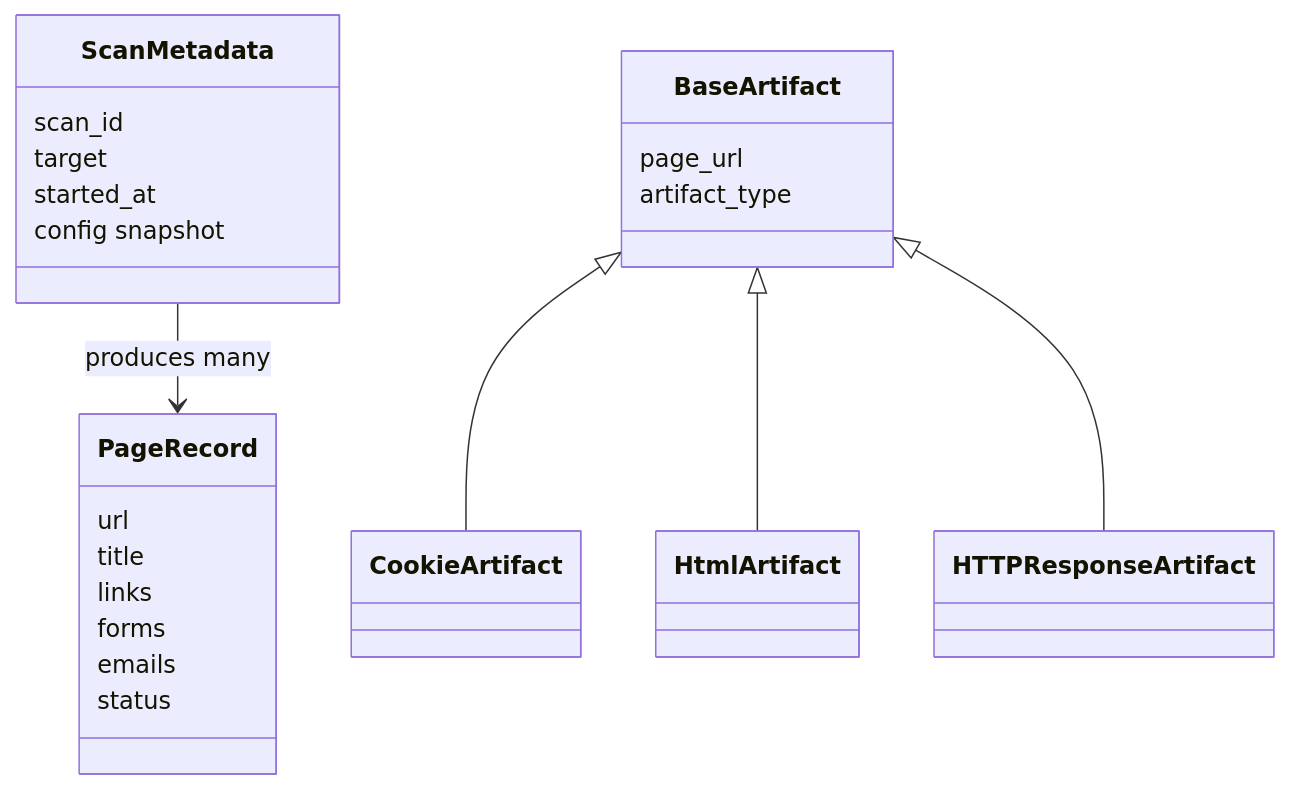
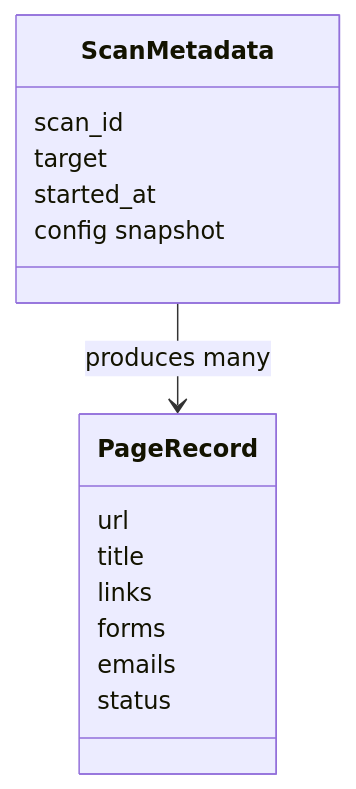
Before and after one commit to Shellghostt/WebVac: the fifth of 5 diagrams in docs/architecture/DATA.md, drawn with Mermaid. The commit also changed other lines of this file and 13 other files, not shown here.

First line of the commit message:
Refresh docs for the scrape-only product flow.

````diff
--- a/docs/architecture/DATA.md
+++ b/docs/architecture/DATA.md
@@ -113,28 +108,18 @@
 ```mermaid
 classDiagram
   class ScanMetadata {
     scan_id
     target
     started_at
     config snapshot
   }
   class PageRecord {
     url
     title
     links
     forms
     emails
     status
   }
-  class BaseArtifact {
-    page_url
-    artifact_type
-  }
-  class CookieArtifact
-  class HtmlArtifact
-  class HTTPResponseArtifact
-  BaseArtifact <|-- CookieArtifact
-  BaseArtifact <|-- HtmlArtifact
-  BaseArtifact <|-- HTTPResponseArtifact
   ScanMetadata --> PageRecord : produces many
 ```
````
